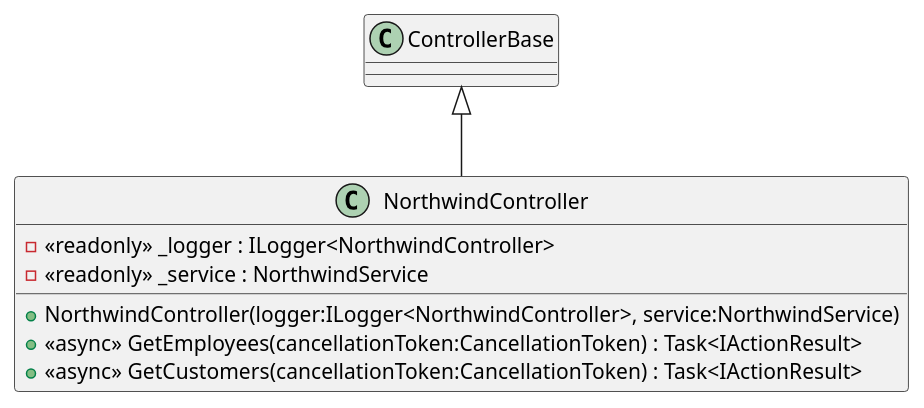
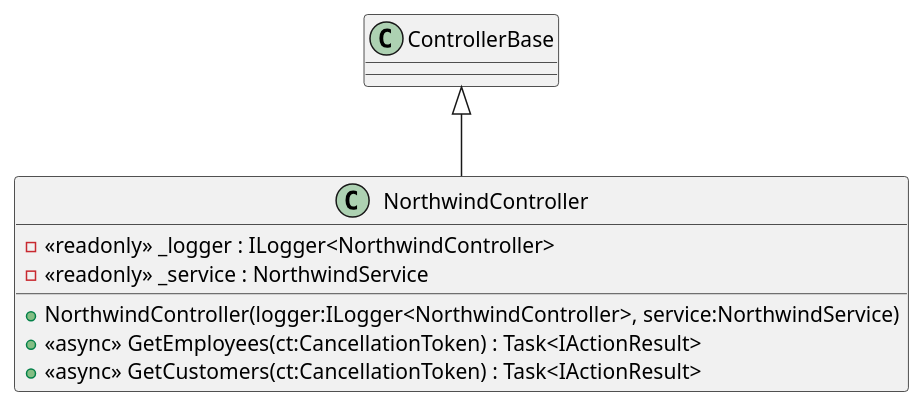
One commit to domoar/Northwind-Api changed the diagram in __extras__/docu/plantuml/NorthwindController.puml. Above: the diagram before and after it, drawn with PlantUML. The commit also changed 38 other files, not shown here.

```diff
--- a/__extras__/docu/plantuml/NorthwindController.puml
+++ b/__extras__/docu/plantuml/NorthwindController.puml
@@ -1,10 +1,10 @@
 @startuml
 class NorthwindController {
     - <<readonly>> _logger : ILogger<NorthwindController>
     - <<readonly>> _service : NorthwindService
     + NorthwindController(logger:ILogger<NorthwindController>, service:NorthwindService)
-    + <<async>> GetEmployees(cancellationToken:CancellationToken) : Task<IActionResult>
-    + <<async>> GetCustomers(cancellationToken:CancellationToken) : Task<IActionResult>
+    + <<async>> GetEmployees(ct:CancellationToken) : Task<IActionResult>
+    + <<async>> GetCustomers(ct:CancellationToken) : Task<IActionResult>
 }
 ControllerBase <|-- NorthwindController
 @enduml
```
